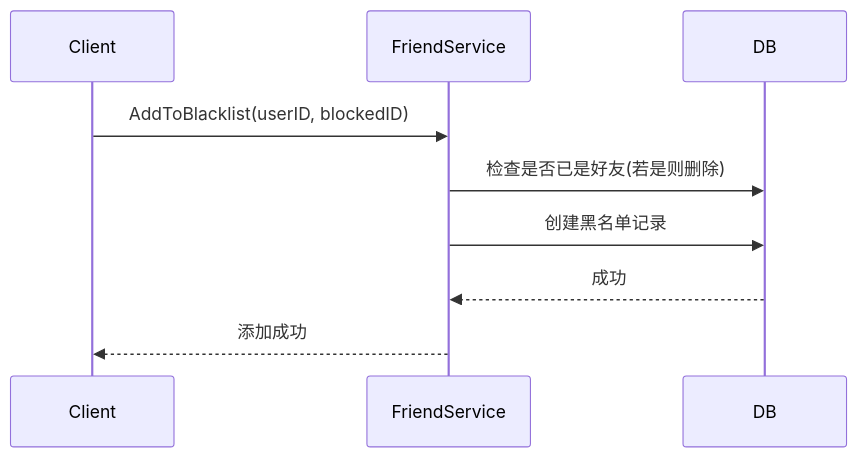
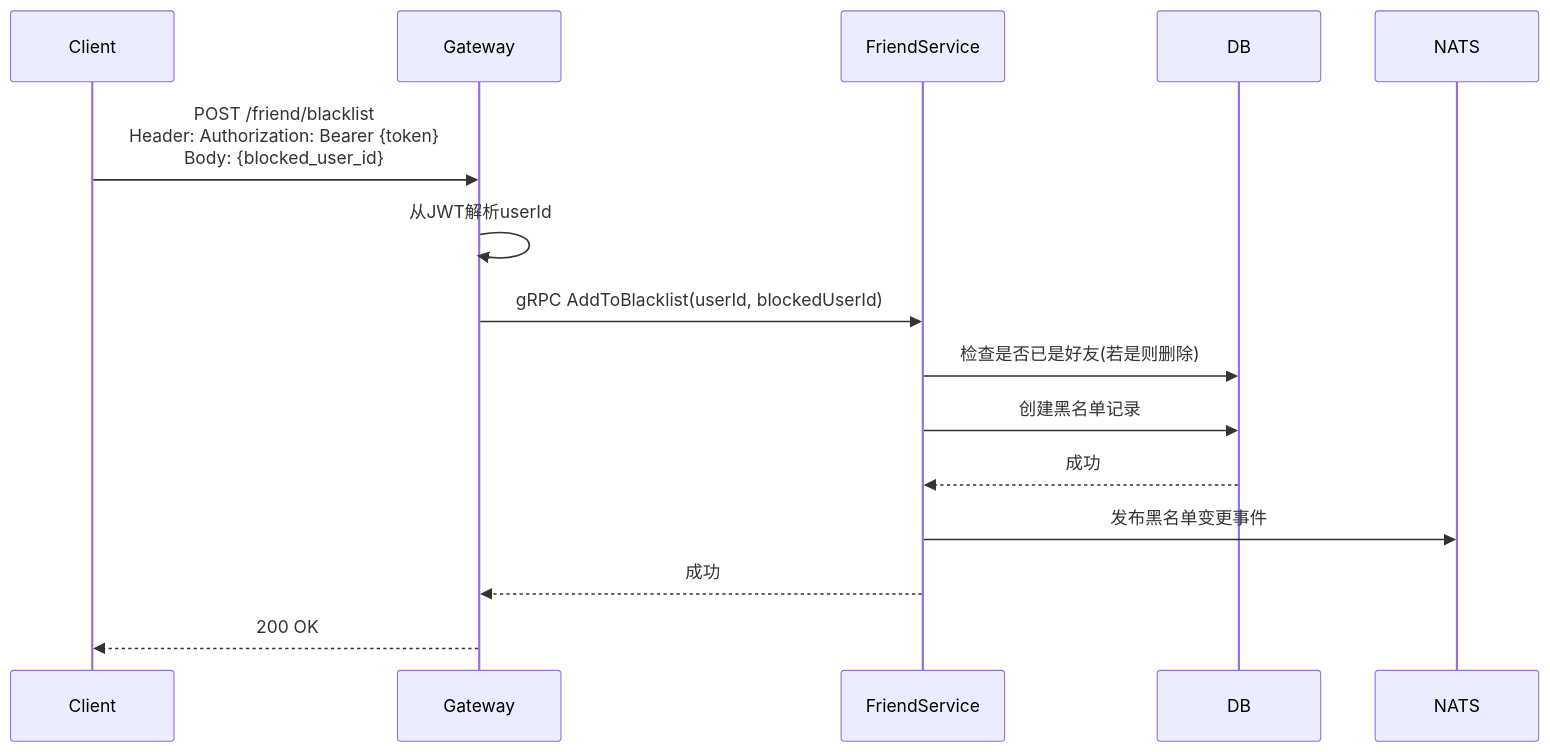
Before and after one commit to yzhgit/anychat-server: the first of 3 diagrams in docs/design/friend/blacklist.md, drawn with Mermaid. The commit also changed other lines of this file and 30 other files, not shown here.

First line of the commit message:
docs: 更新设计文档时序图，添加Gateway和NATS参与者

````diff
--- a/docs/design/friend/blacklist.md
+++ b/docs/design/friend/blacklist.md
@@ -30,12 +30,18 @@
 ```mermaid
 sequenceDiagram
     participant Client
+    participant Gateway
     participant FriendService
     participant DB
+    participant NATS
 
-    Client->>FriendService: AddToBlacklist(userID, blockedID)
+    Client->>Gateway: POST /friend/blacklist<br/>Header: Authorization: Bearer {token}<br/>Body: {blocked_user_id}
+    Gateway->>Gateway: 从JWT解析userId
+    Gateway->>FriendService: gRPC AddToBlacklist(userId, blockedUserId)
     FriendService->>DB: 检查是否已是好友(若是则删除)
     FriendService->>DB: 创建黑名单记录
     DB-->>FriendService: 成功
-    FriendService-->>Client: 添加成功
+    FriendService->>NATS: 发布黑名单变更事件
+    FriendService-->>Gateway: 成功
+    Gateway-->>Client: 200 OK
 ```
````
